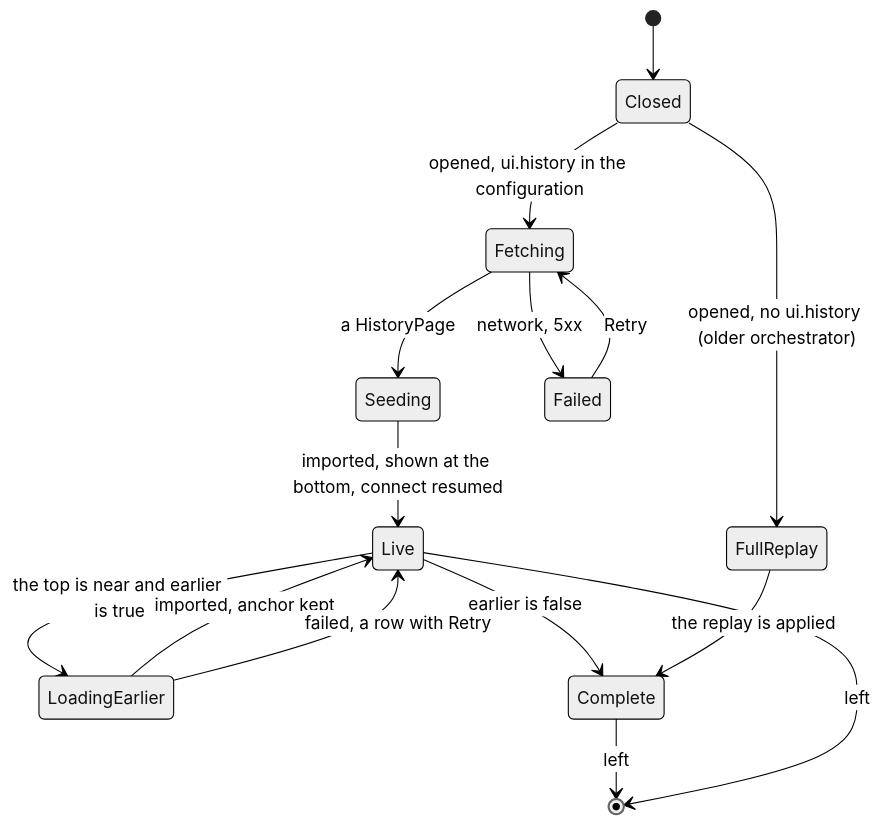
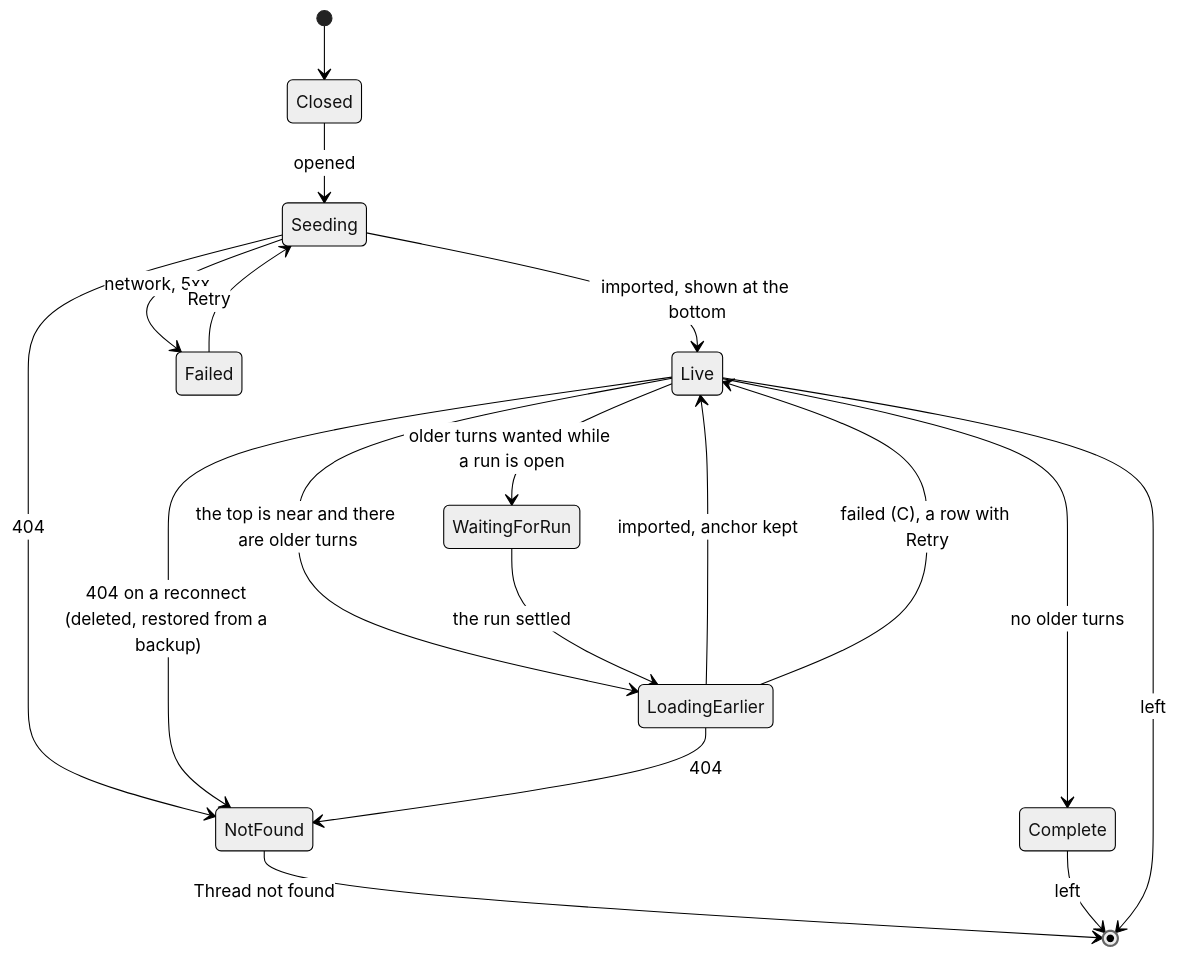
One commit to vymalo/another-agentic-system changed the second of 2 diagrams in docs/decisions/0059-a-thread-opens-at-its-end-and-older-turns-load-on-scroll-up.md. Above: the diagram before and after it, drawn with Mermaid (neutral theme). The commit also changed other lines of this file and 7 other files, not shown here.

````diff
--- a/docs/decisions/0059-a-thread-opens-at-its-end-and-older-turns-load-on-scroll-up.md
+++ b/docs/decisions/0059-a-thread-opens-at-its-end-and-older-turns-load-on-scroll-up.md
@@ -80,17 +172,20 @@
 ```mermaid
 stateDiagram-v2
   [*] --> Closed
-  Closed --> Fetching: opened, ui.history in the configuration
-  Closed --> FullReplay: opened, no ui.history (older orchestrator)
-  Fetching --> Seeding: a HistoryPage
-  Fetching --> Failed: network, 5xx
-  Failed --> Fetching: Retry
-  Seeding --> Live: imported, shown at the bottom, connect resumed
-  Live --> LoadingEarlier: the top is near and earlier is true
+  Closed --> Seeding: opened
+  Seeding --> Live: imported, shown at the bottom
+  Seeding --> Failed: network, 5xx
+  Failed --> Seeding: Retry
+  Live --> LoadingEarlier: the top is near and there are older turns
   LoadingEarlier --> Live: imported, anchor kept
-  LoadingEarlier --> Live: failed, a row with Retry
-  Live --> Complete: earlier is false
-  FullReplay --> Complete: the replay is applied
+  LoadingEarlier --> Live: failed (C), a row with Retry
+  Live --> WaitingForRun: older turns wanted while a run is open
+  WaitingForRun --> LoadingEarlier: the run settled
+  Live --> Complete: no older turns
+  Seeding --> NotFound: 404
+  Live --> NotFound: 404 on a reconnect (deleted, restored from a backup)
+  LoadingEarlier --> NotFound: 404
+  NotFound --> [*]: Thread not found
   Complete --> [*]: left
   Live --> [*]: left
 ```
````
